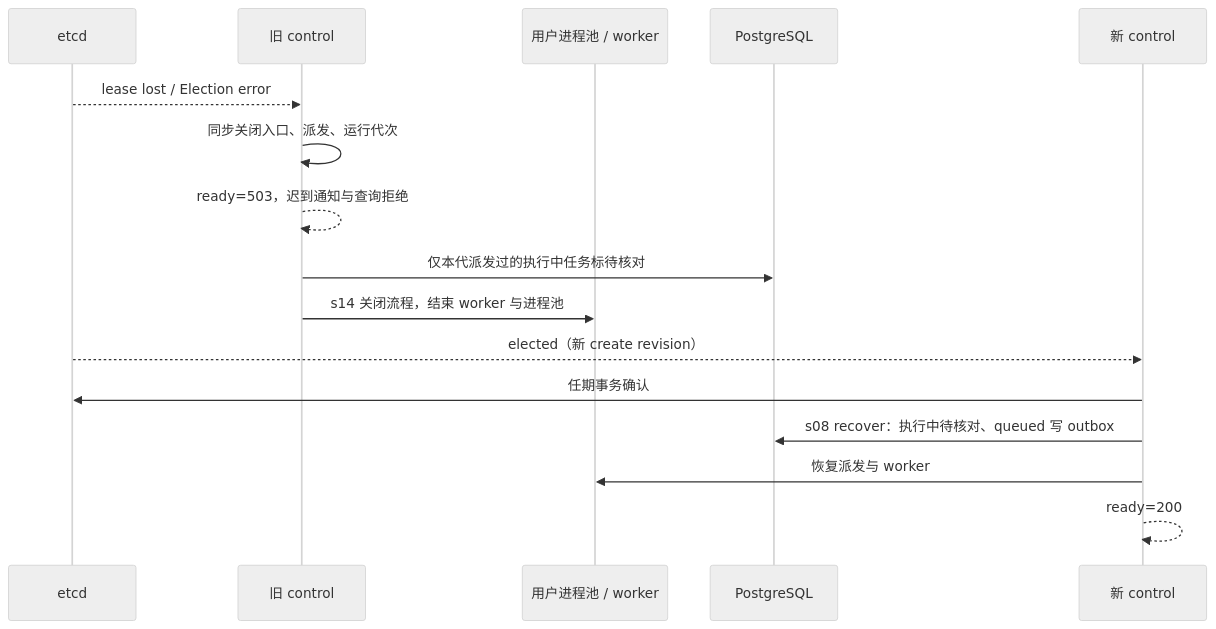
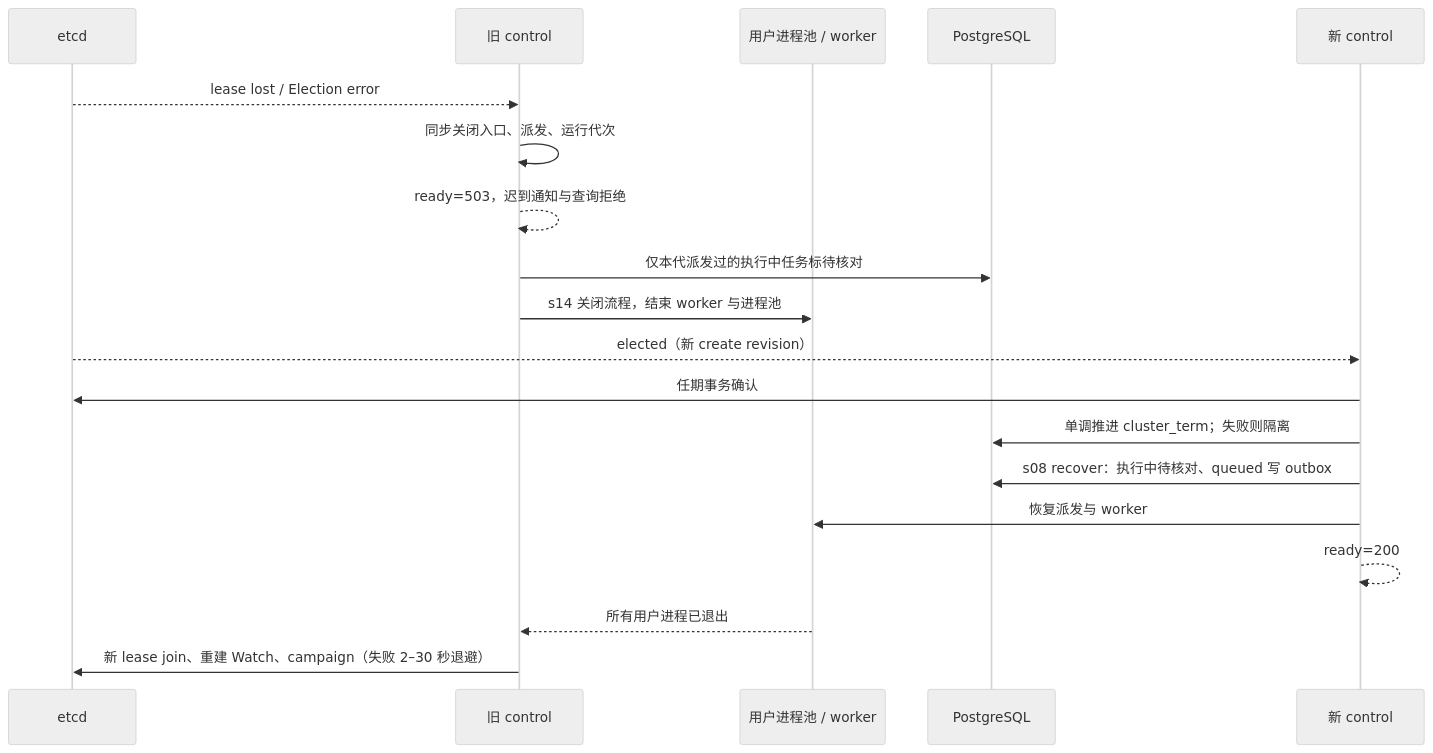
Before and after one commit to pengcong2020520/learn-codex-harness: the second of 2 diagrams in stages/s16-coordination/docs/design.md, drawn with Mermaid (neutral theme). The commit also changed other lines of this file and 44 other files, not shown here.

````diff
--- a/stages/s16-coordination/docs/design.md
+++ b/stages/s16-coordination/docs/design.md
@@ -36,18 +36,21 @@
 ```mermaid
 sequenceDiagram
     participant E as etcd
     participant O as 旧 control
     participant P as 用户进程池 / worker
     participant D as PostgreSQL
     participant N as 新 control
     E-->>O: lease lost / Election error
     O->>O: 同步关闭入口、派发、运行代次
     O-->>O: ready=503，迟到通知与查询拒绝
     O->>D: 仅本代派发过的执行中任务标待核对
     O->>P: s14 关闭流程，结束 worker 与进程池
     E-->>N: elected（新 create revision）
     N->>E: 任期事务确认
+    N->>D: 单调推进 cluster_term；失败则隔离
     N->>D: s08 recover：执行中待核对、queued 写 outbox
     N->>P: 恢复派发与 worker
     N-->>N: ready=200
+    P-->>O: 所有用户进程已退出
+    O->>E: 新 lease join、重建 Watch、campaign（失败 2–30 秒退避）
 ```
````
